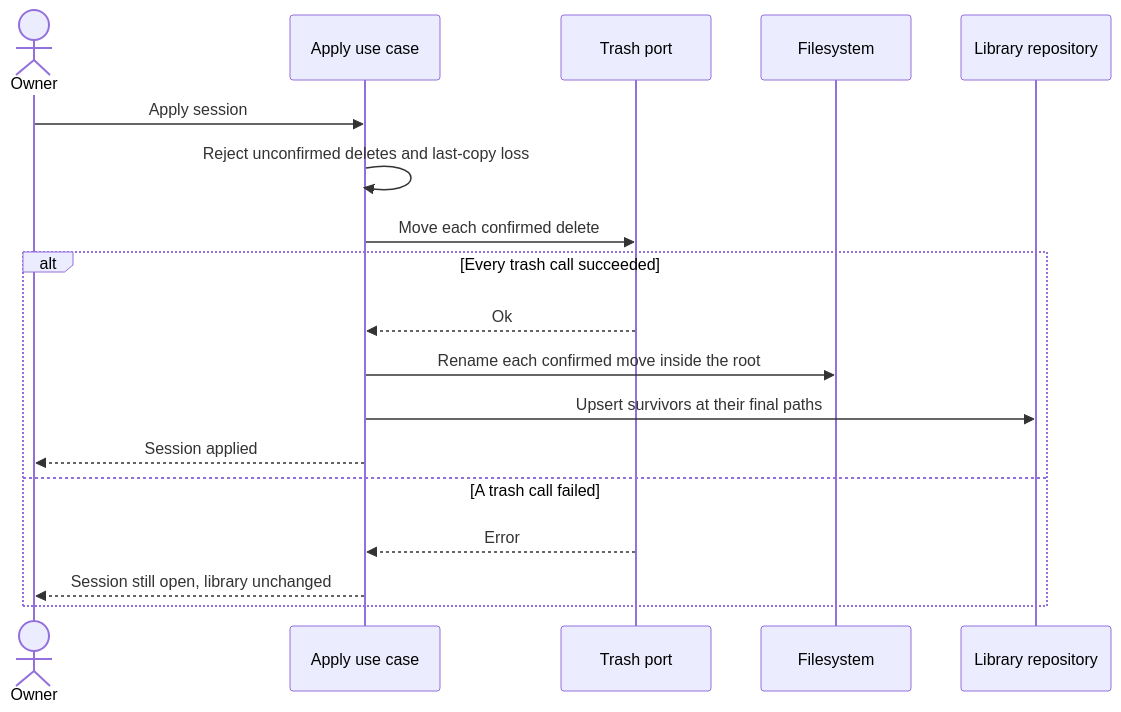
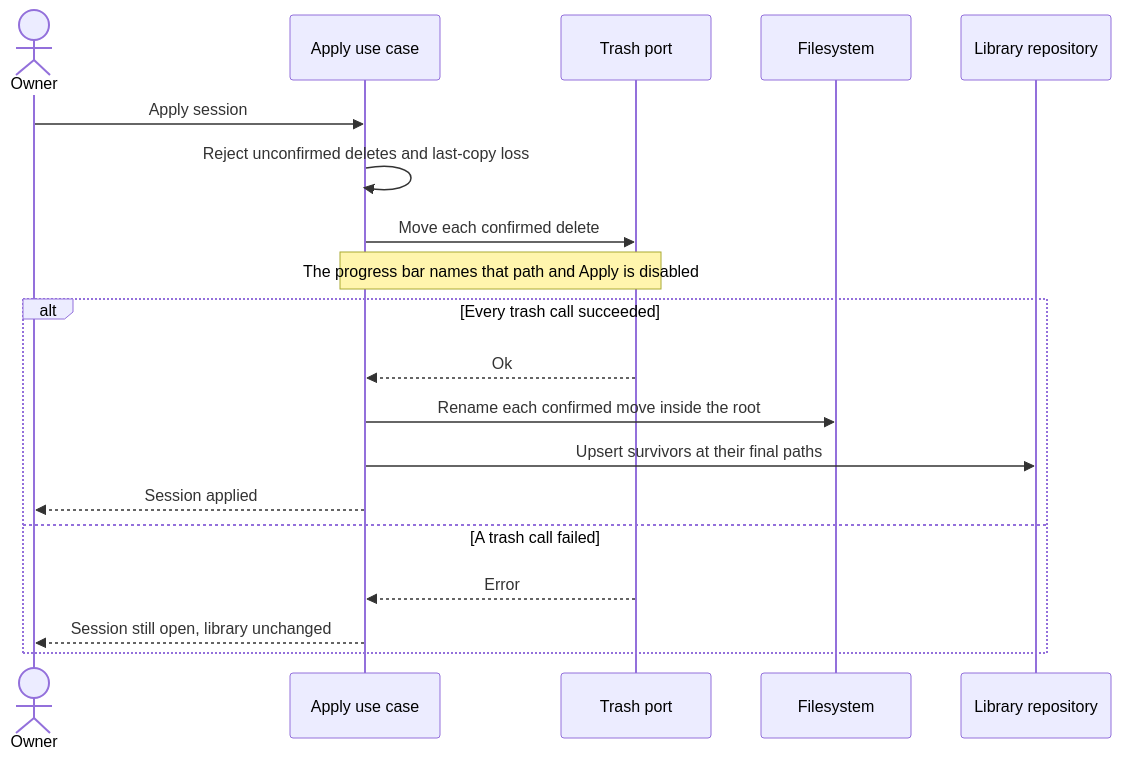
Before and after one commit to cionz0/hdsort: the fifth of 8 diagrams in docs/use-cases.md, drawn with Mermaid. The commit also changed other lines of this file and 16 other files, not shown here.

````diff
--- a/docs/use-cases.md
+++ b/docs/use-cases.md
@@ -116,20 +125,21 @@
 ```mermaid
 sequenceDiagram
   actor Owner
   participant Apply as Apply use case
   participant Trash as Trash port
   participant Disk as Filesystem
   participant Library as Library repository
   Owner->>Apply: Apply session
   Apply->>Apply: Reject unconfirmed deletes and last-copy loss
   Apply->>Trash: Move each confirmed delete
+  Note over Apply,Trash: The progress bar names that path and Apply is disabled
   alt Every trash call succeeded
     Trash-->>Apply: Ok
     Apply->>Disk: Rename each confirmed move inside the root
     Apply->>Library: Upsert survivors at their final paths
     Apply-->>Owner: Session applied
   else A trash call failed
     Trash-->>Apply: Error
     Apply-->>Owner: Session still open, library unchanged
   end
 ```
````
